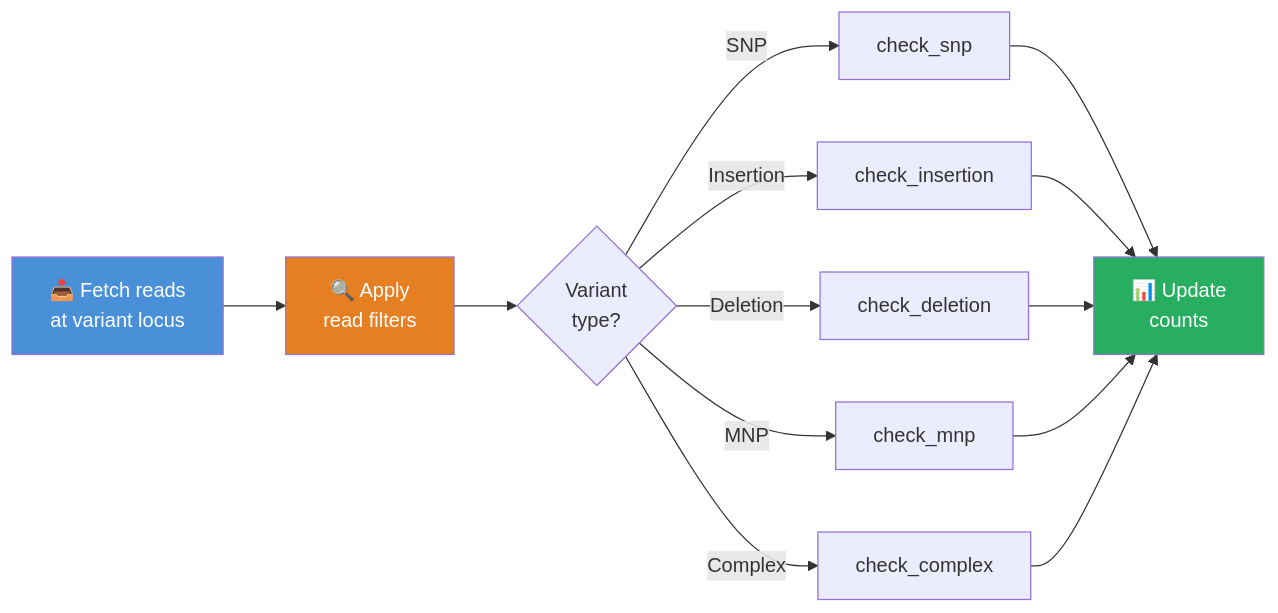
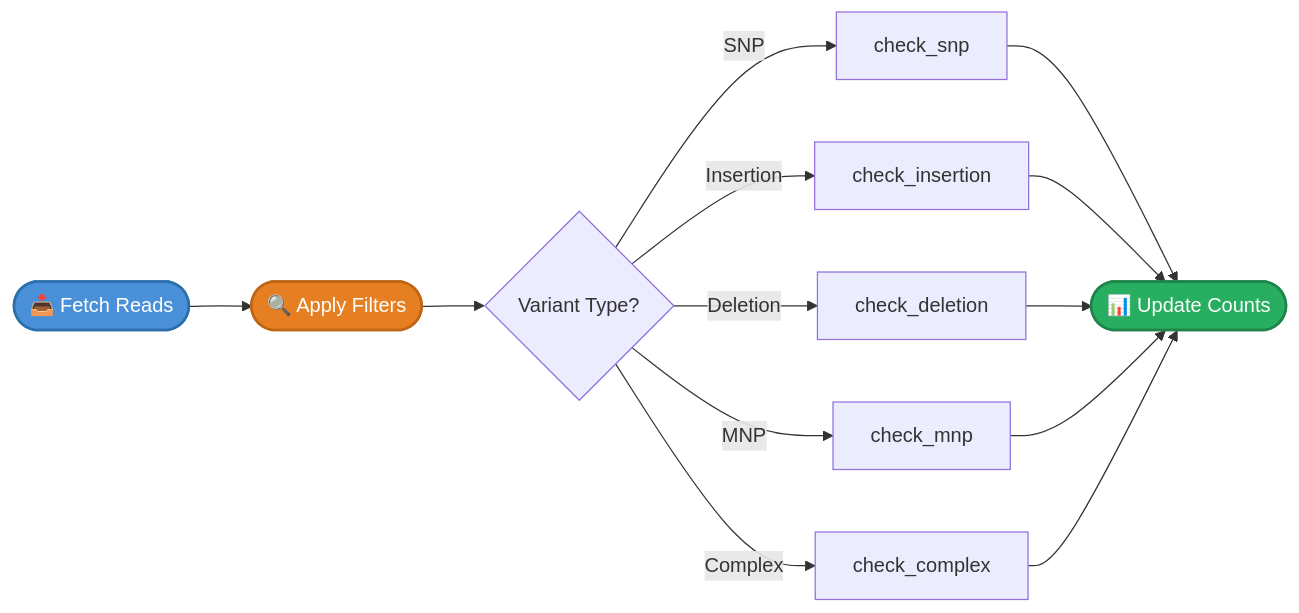
Before and after one commit to msk-access/py-gbcms: the first of 10 diagrams in docs/reference/variant-counting.md, drawn with Mermaid. The commit also changed other lines of this file and 2 other files, not shown here.

````diff
--- a/docs/reference/variant-counting.md
+++ b/docs/reference/variant-counting.md
@@ -9,19 +9,19 @@
 ```mermaid
 flowchart LR
-    Fetch["📥 Fetch reads\nat variant locus"] --> Filter["🔍 Apply\nread filters"]
-    Filter --> Dispatch{"Variant\ntype?"}
-    Dispatch -->|SNP| SNP["check_snp"]
-    Dispatch -->|Insertion| INS["check_insertion"]
-    Dispatch -->|Deletion| DEL["check_deletion"]
-    Dispatch -->|MNP| MNP["check_mnp"]
-    Dispatch -->|Complex| CPX["check_complex"]
-    SNP --> Count["📊 Update\ncounts"]
+    Fetch([📥 Fetch Reads]):::fetch --> Filter([🔍 Apply Filters]):::filter
+    Filter --> Dispatch{Variant Type?}
+    Dispatch -->|SNP| SNP[check_snp]
+    Dispatch -->|Insertion| INS[check_insertion]
+    Dispatch -->|Deletion| DEL[check_deletion]
+    Dispatch -->|MNP| MNP[check_mnp]
+    Dispatch -->|Complex| CPX[check_complex]
+    SNP --> Count([📊 Update Counts]):::count
     INS --> Count
     DEL --> Count
     MNP --> Count
     CPX --> Count
 
-    style Fetch fill:#4a90d9,color:#fff
-    style Filter fill:#e67e22,color:#fff
-    style Count fill:#27ae60,color:#fff
+    classDef fetch fill:#4a90d9,color:#fff,stroke:#2c6fad,stroke-width:2px;
+    classDef filter fill:#e67e22,color:#fff,stroke:#bf6516,stroke-width:2px;
+    classDef count fill:#27ae60,color:#fff,stroke:#1e8449,stroke-width:2px;
 ```
````
